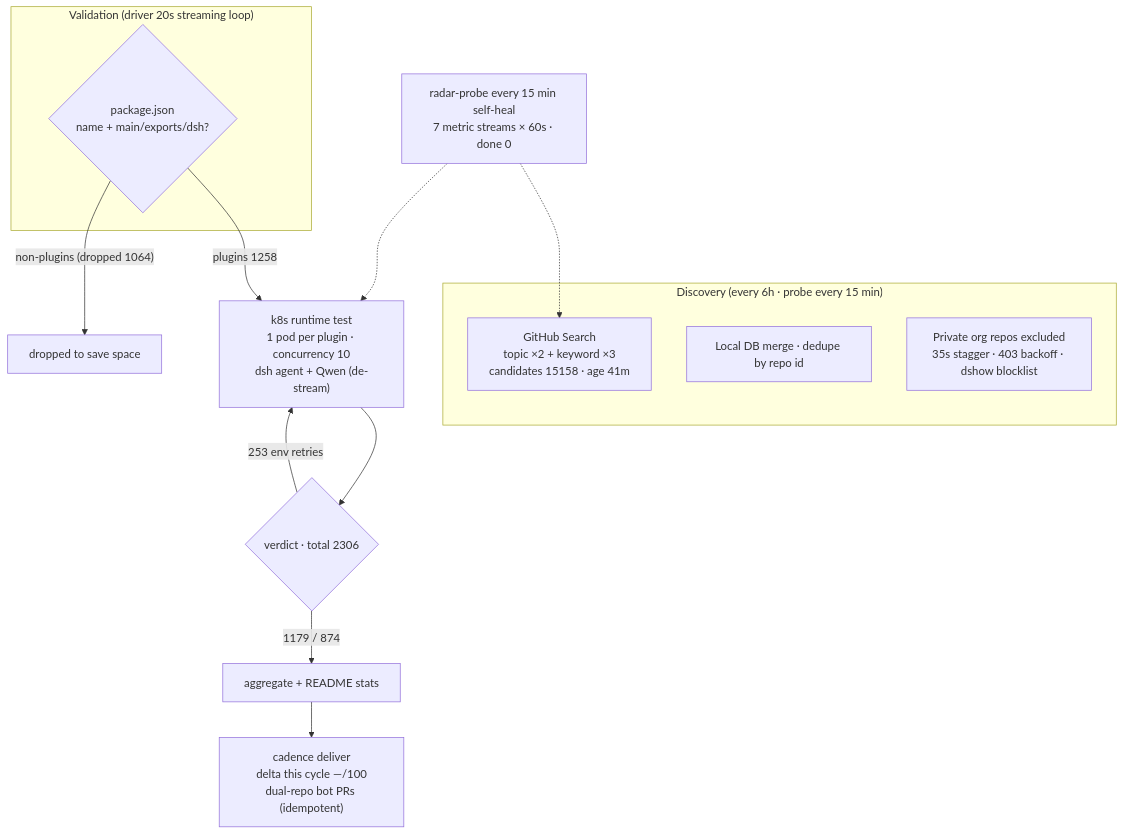
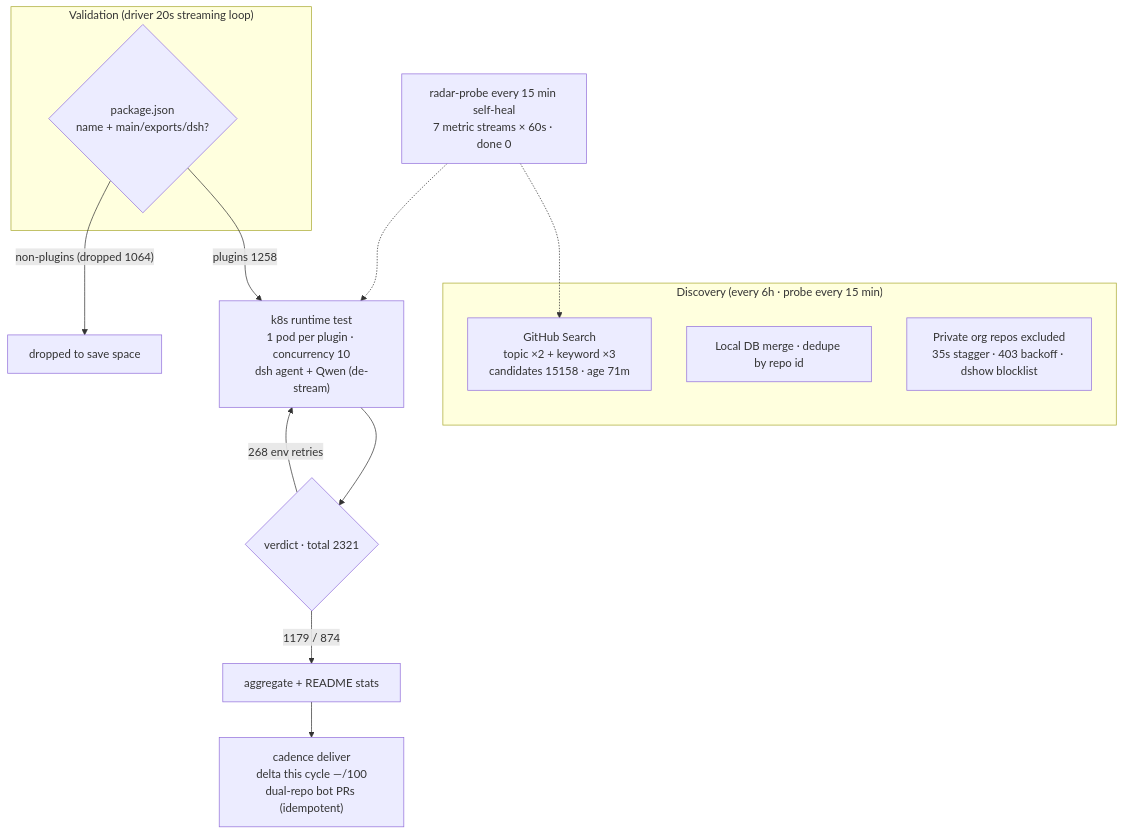
One commit to AdamPlatin123/awesome-dsh-plugins changed the diagram in README.en-US.md. Above: the diagram before and after it, drawn with Mermaid. The commit also changed other lines of this file and 5 other files, not shown here.

````diff
--- a/README.en-US.md
+++ b/README.en-US.md
@@ -30,20 +30,20 @@
 ```mermaid
 flowchart TB
     subgraph Discovery["Discovery (every 6h · probe every 15 min)"]
-        A1["GitHub Search<br/>topic ×2 + keyword ×3<br/>candidates 15158 · age 41m"]
+        A1["GitHub Search<br/>topic ×2 + keyword ×3<br/>candidates 15158 · age 71m"]
         A2["Local DB merge · dedupe by repo id"]
         A3["Private org repos excluded<br/>35s stagger · 403 backoff · dshow blocklist"]
     end
     subgraph Validation["Validation (driver 20s streaming loop)"]
         B1{"package.json<br/>name + main/exports/dsh?"}
     end
     B1 -->|"plugins 1258"| C1["k8s runtime test<br/>1 pod per plugin · concurrency 10<br/>dsh agent + Qwen (de-stream)"]
     B1 -->|"non-plugins (dropped 1064)"| B3["dropped to save space"]
-    C1 --> D1{"verdict · total 2306"}
+    C1 --> D1{"verdict · total 2321"}
     D1 -->|"1179 / 874"| E1["aggregate + README stats"]
-    D1 -->|"253 env retries"| C1
+    D1 -->|"268 env retries"| C1
     E1 --> E2["cadence deliver<br/>delta this cycle —/100<br/>dual-repo bot PRs (idempotent)"]
     M["radar-probe every 15 min self-heal<br/>7 metric streams × 60s · done 0"]
     M -.-> A1
     M -.-> C1
 ```
````
